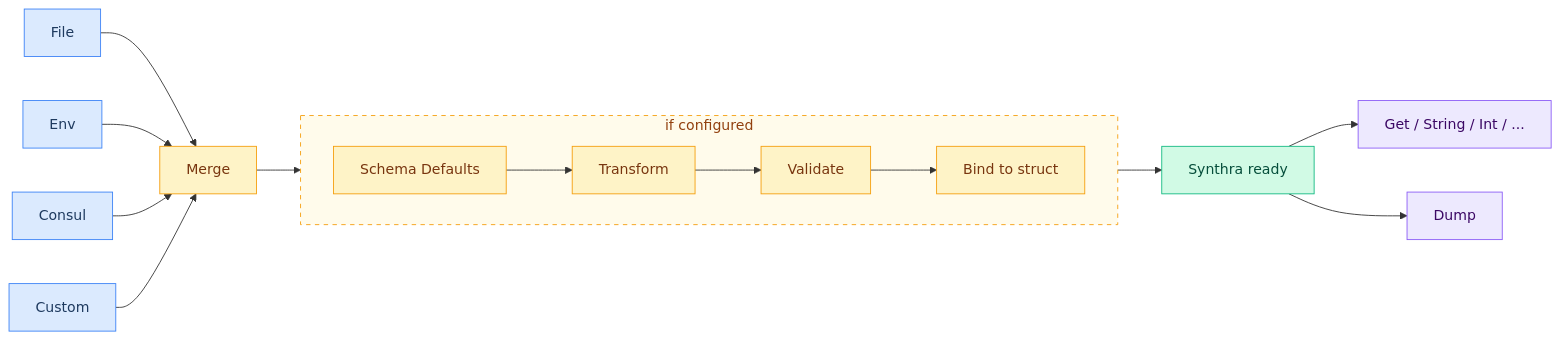
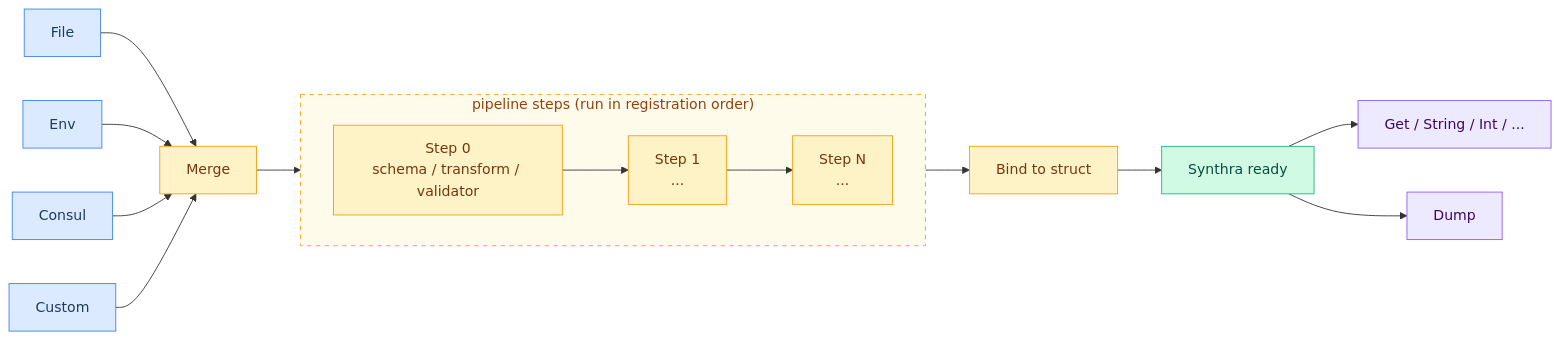
Before and after one commit to gopherly/synthra: the diagram in README.md, drawn with Mermaid. The commit also changed other lines of this file and 23 other files, not shown here.

````diff
--- a/README.md
+++ b/README.md
@@ -25,33 +25,34 @@
 ```mermaid
 flowchart LR
     S1[File] --> Merge
     S2[Env] --> Merge
     S3[Consul] --> Merge
     S4[Custom] --> Merge
-    Merge --> Defaults
+    Merge --> P1
 
-    subgraph Optional ["if configured"]
+    subgraph Pipeline ["pipeline steps (run in registration order)"]
         direction LR
-        Defaults["Schema Defaults"] --> Transform
-        Transform --> Validate["Validate"]
-        Validate --> Bind["Bind to struct"]
+        P1["Step 0<br>schema / transform / validator"] --> P2
+        P2["Step 1<br>..."] --> P3
+        P3["Step N<br>..."]
     end
 
+    P3 --> Bind["Bind to struct"]
     Bind --> Ready["Synthra ready"]
     Ready --> Read["Get / String / Int / ..."]
     Ready --> Dump["Dump"]
 
     style S1 fill:#dbeafe,stroke:#3b82f6,color:#1e3a5f
     style S2 fill:#dbeafe,stroke:#3b82f6,color:#1e3a5f
     style S3 fill:#dbeafe,stroke:#3b82f6,color:#1e3a5f
     style S4 fill:#dbeafe,stroke:#3b82f6,color:#1e3a5f
     style Merge fill:#fef3c7,stroke:#f59e0b,color:#78350f
-    style Defaults fill:#fef3c7,stroke:#f59e0b,color:#78350f
-    style Transform fill:#fef3c7,stroke:#f59e0b,color:#78350f
-    style Validate fill:#fef3c7,stroke:#f59e0b,color:#78350f
+    style P1 fill:#fef3c7,stroke:#f59e0b,color:#78350f
+    style P2 fill:#fef3c7,stroke:#f59e0b,color:#78350f
+    style P3 fill:#fef3c7,stroke:#f59e0b,color:#78350f
+    style Pipeline fill:#fffbeb,stroke:#f59e0b,stroke-dasharray:5 5,color:#92400e
     style Bind fill:#fef3c7,stroke:#f59e0b,color:#78350f
-    style Optional fill:#fffbeb,stroke:#f59e0b,stroke-dasharray:5 5,color:#92400e
     style Ready fill:#d1fae5,stroke:#10b981,color:#064e3b
     style Read fill:#ede9fe,stroke:#8b5cf6,color:#3b0764
     style Dump fill:#ede9fe,stroke:#8b5cf6,color:#3b0764
 ```
````
